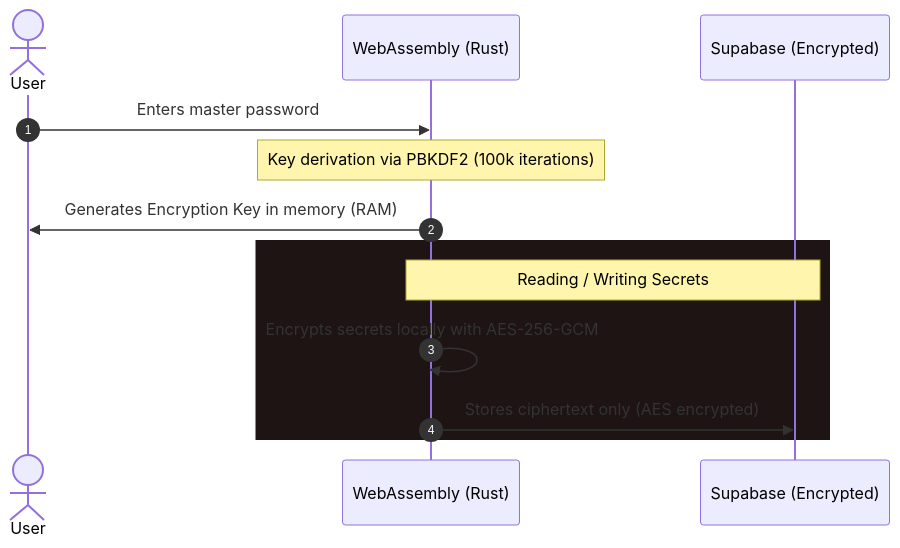
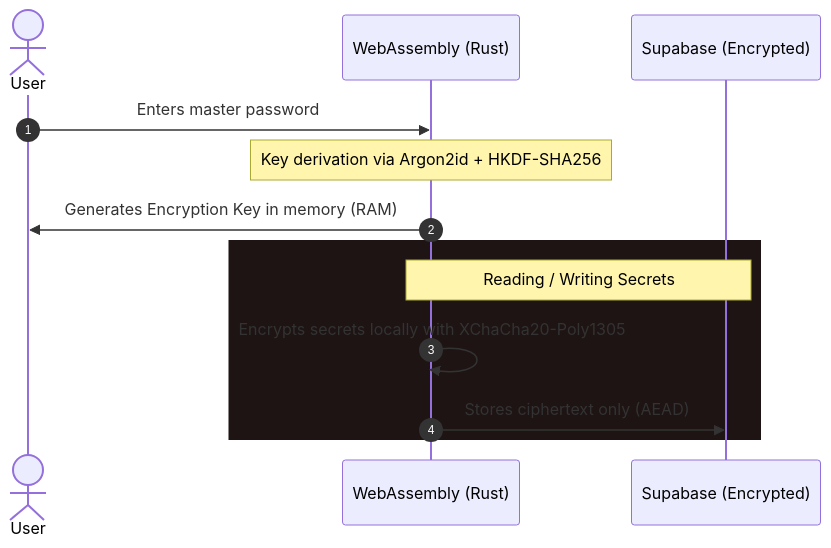
One commit to viorencia/VIORENCIA-PASS-SAFE changed the diagram in README.en.md. Above: the diagram before and after it, drawn with Mermaid. The commit also changed other lines of this file and 15 other files, not shown here.

````diff
--- a/README.en.md
+++ b/README.en.md
@@ -48,17 +48,17 @@
 ```mermaid
 sequenceDiagram
     autonumber
     actor User
     participant WASM as WebAssembly (Rust)
     participant DB as Supabase (Encrypted)
 
     User->>WASM: Enters master password
-    Note over WASM: Key derivation via PBKDF2 (100k iterations)
+    Note over WASM: Key derivation via Argon2id + HKDF-SHA256
     WASM->>User: Generates Encryption Key in memory (RAM)
     
     rect rgb(30, 20, 20)
         Note over WASM, DB: Reading / Writing Secrets
-        WASM->>WASM: Encrypts secrets locally with AES-256-GCM
-        WASM->>DB: Stores ciphertext only (AES encrypted)
+        WASM->>WASM: Encrypts secrets locally with XChaCha20-Poly1305
+        WASM->>DB: Stores ciphertext only (AEAD)
     end
 ```
````
